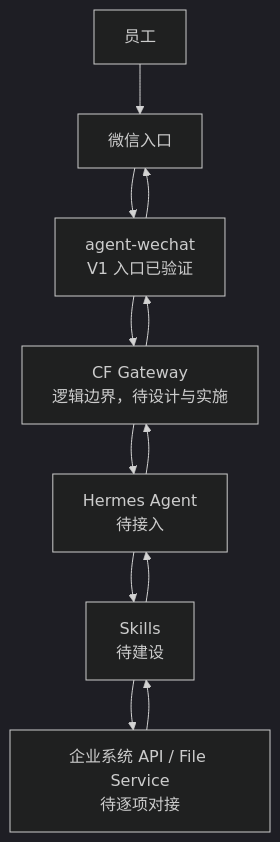
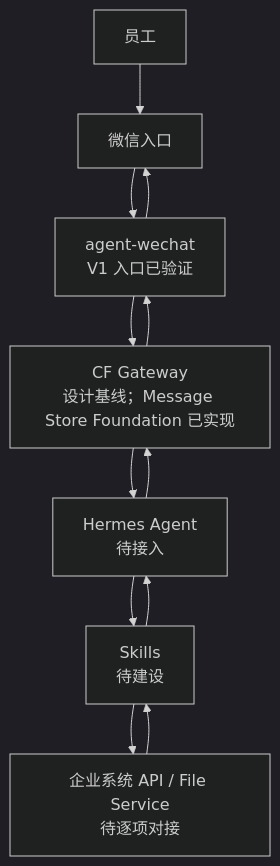
Before and after one commit to Tangbohu09527/CF_ecommerce-automation-docs: the first of 2 diagrams in architecture/ai-system-overview.md, drawn with Mermaid (dark theme). The commit also changed other lines of this file and 14 other files, not shown here.

````diff
--- a/architecture/ai-system-overview.md
+++ b/architecture/ai-system-overview.md
@@ -18,10 +19,10 @@
 ```mermaid
 flowchart TB
     E["员工"] --> W["微信入口"]
     W --> A["agent-wechat<br/>V1 入口已验证"]
-    A --> G["CF Gateway<br/>逻辑边界，待设计与实施"]
+    A --> G["CF Gateway<br/>设计基线；Message Store Foundation 已实现"]
     G --> H["Hermes Agent<br/>待接入"]
     H --> S["Skills<br/>待建设"]
     S --> B["企业系统 API / File Service<br/>待逐项对接"]
     B --> S --> H --> G --> A --> W
 ```
````
